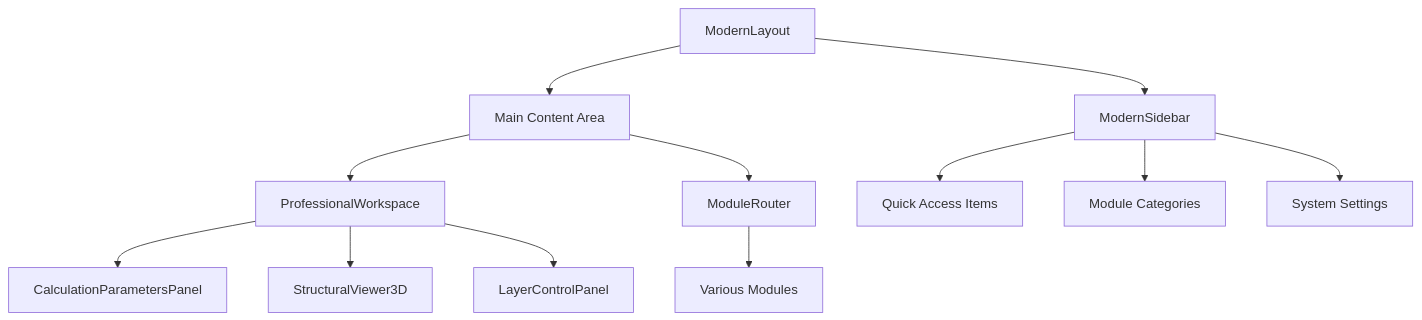
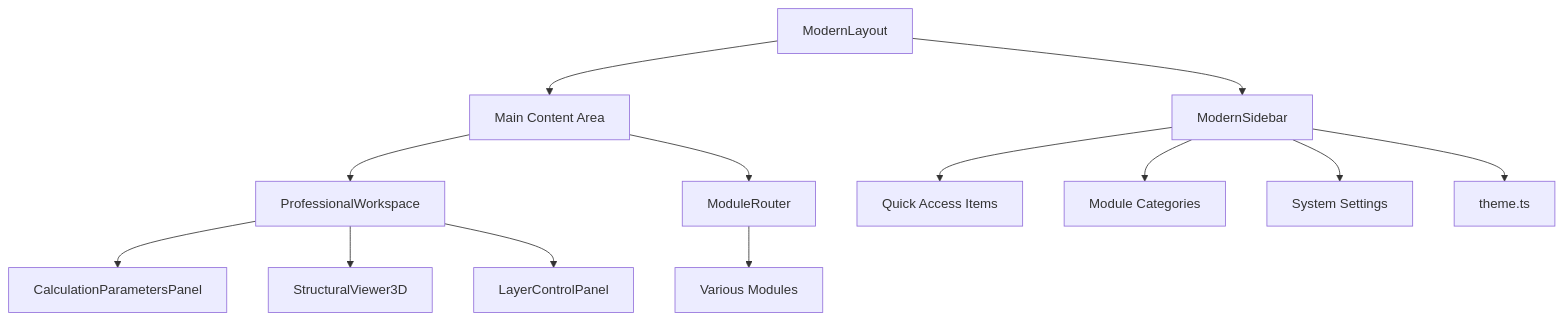
One commit to Latif080790/APP-STRUKTUR-BLACKBOX changed the first of 4 diagrams in .qoder/repowiki/en/content/Core Architecture/UI Layout Structure/Layout Container.md. Above: the diagram before and after it, drawn with Mermaid. The commit also changed other lines of this file and 26 other files, not shown here.

````diff
--- a/.qoder/repowiki/en/content/Core Architecture/UI Layout Structure/Layout Container.md
+++ b/.qoder/repowiki/en/content/Core Architecture/UI Layout Structure/Layout Container.md
@@ -44,14 +54,15 @@
 ```mermaid
 graph TD
 A[ModernLayout] --> B[ModernSidebar]
 A --> C[Main Content Area]
 C --> D[ProfessionalWorkspace]
 C --> E[ModuleRouter]
 E --> F[Various Modules]
 D --> G[CalculationParametersPanel]
 D --> H[StructuralViewer3D]
 D --> I[LayerControlPanel]
 B --> J[Quick Access Items]
 B --> K[Module Categories]
 B --> L[System Settings]
+B --> M[theme.ts]
 ```
````
